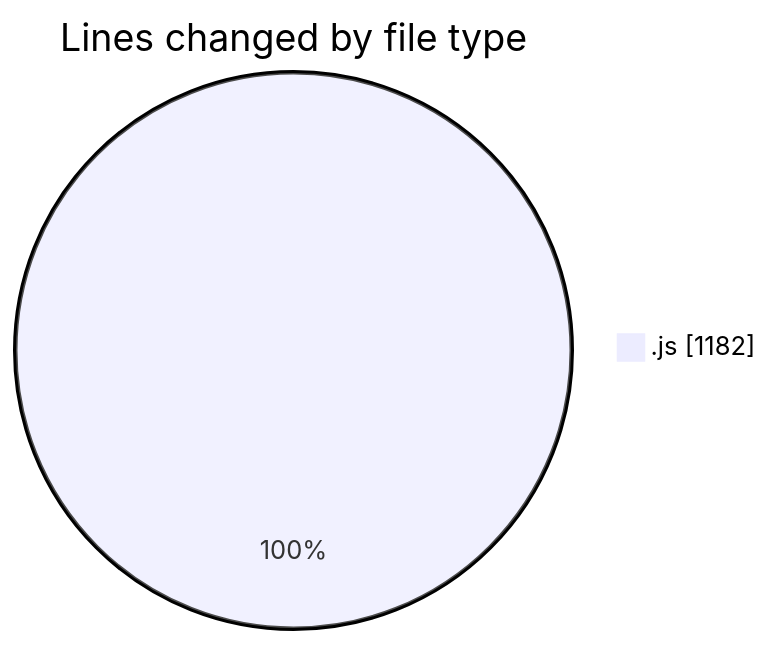
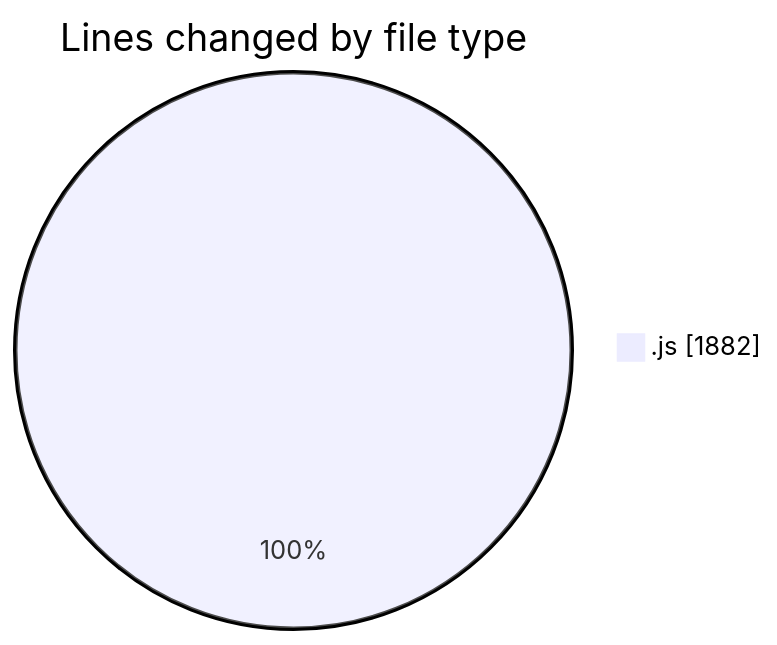
The first of 2 diagrams in 2025-08-31/nxtqube_webapp/README.md (nxtqubesakshisongat/code-tracking), drawn with Mermaid before and after one commit. The commit also changed other lines of this file and 1 other file, not shown here.

````diff
--- a/2025-08-31/nxtqube_webapp/README.md
+++ b/2025-08-31/nxtqube_webapp/README.md
@@ -20,5 +20,5 @@
 ```mermaid
 pie showData
 title Lines changed by file type
-".js" : 1182
+".js" : 1882
 ```
````
